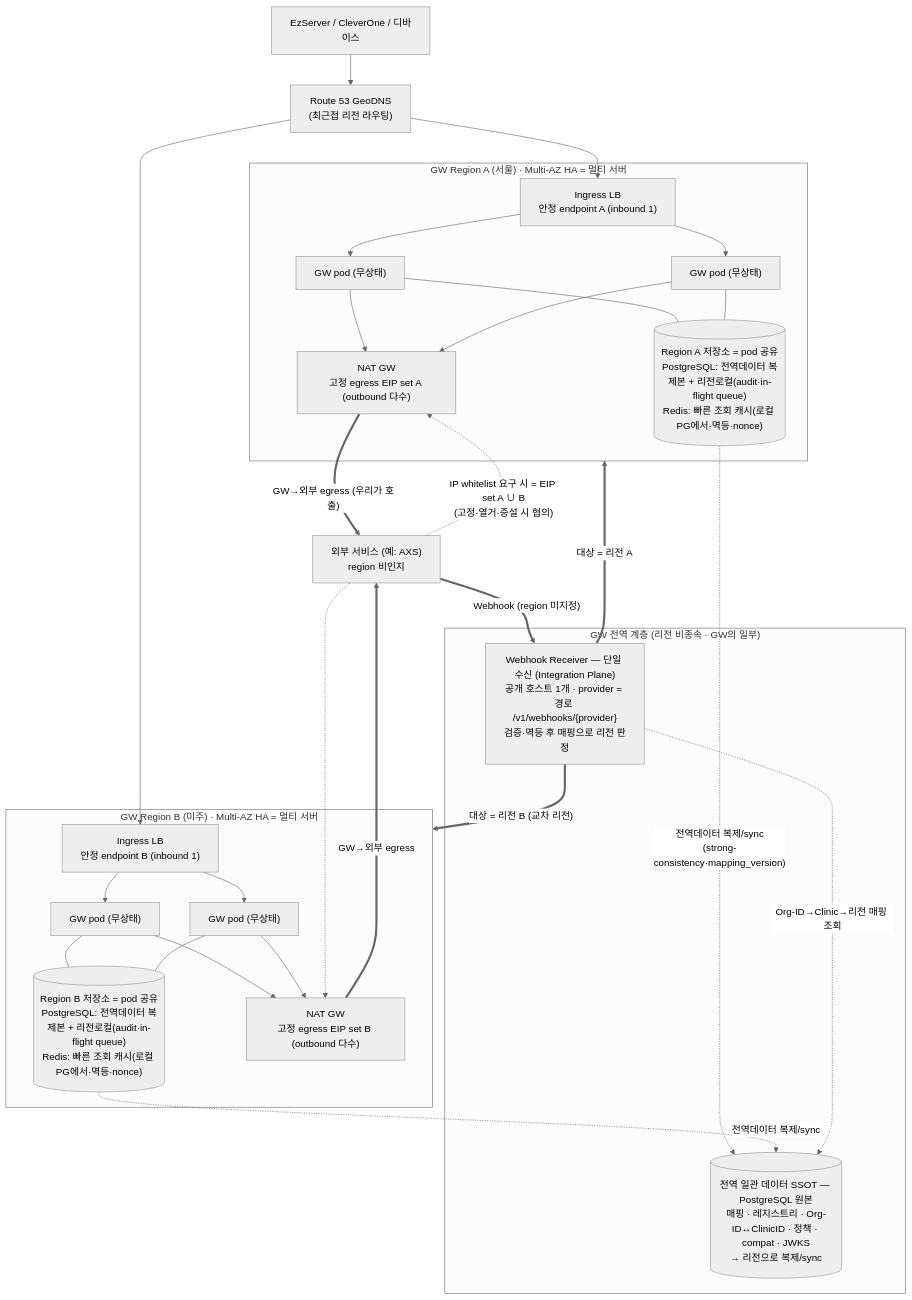
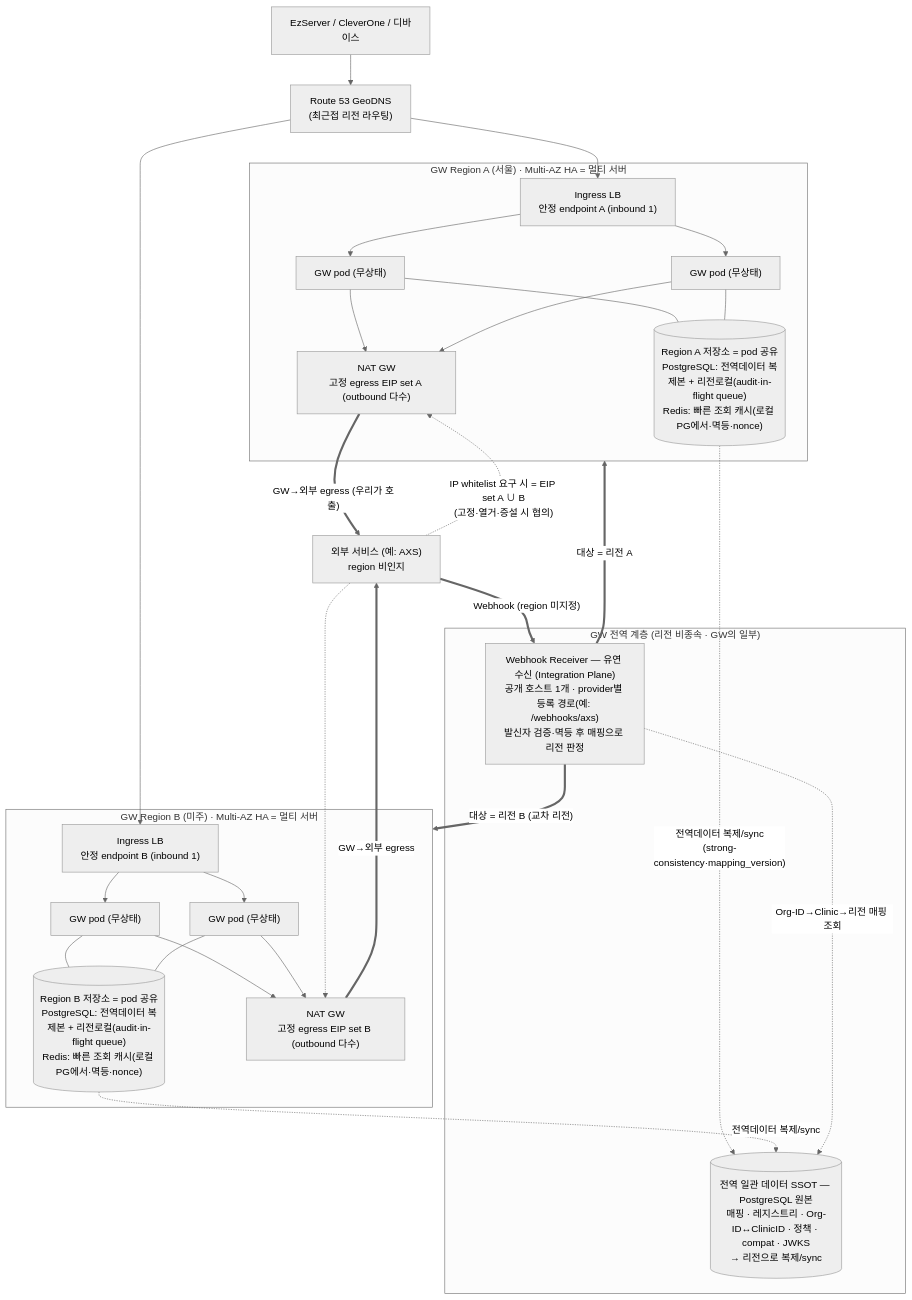
One commit to gracegyu/scp-architecture changed the second of 10 diagrams in docs/VT_API_Gateway/08.VT_API_Gateway/specs/03-srs-gateway/SRS.md. Above: the diagram before and after it, drawn with Mermaid (neutral theme). The commit also changed other lines of this file and 4 other files, not shown here.

Commit message:
문서 업데이트: VT API Gateway의 SRS 문서에서 Webhook 수신 경로 및 형식의 유연성을 강조하고, provider별 등록 방식을 명확히 하여 시스템 설계의 일관성을 강화하였습니다. 또한, 발신자 검증 및 payload 처리 방식에 대한 설명을 보강하여 외부 연동의 신뢰성을 높였습니다.

````diff
--- a/docs/VT_API_Gateway/08.VT_API_Gateway/specs/03-srs-gateway/SRS.md
+++ b/docs/VT_API_Gateway/08.VT_API_Gateway/specs/03-srs-gateway/SRS.md
@@ -189,56 +189,56 @@
 ```mermaid
 flowchart TB
     EZ["EzServer / CleverOne / 디바이스"]
     R53["Route 53 GeoDNS<br/>(최근접 리전 라우팅)"]
     EZ --> R53
 
     subgraph GTIER["GW 전역 계층 (리전 비종속 · GW의 일부)"]
-        WHIN["Webhook Receiver — 단일 수신 (Integration Plane)<br/>공개 호스트 1개 · provider = 경로 /v1/webhooks/{provider}<br/>검증·멱등 후 매핑으로 리전 판정"]
+        WHIN["Webhook Receiver — 유연 수신 (Integration Plane)<br/>공개 호스트 1개 · provider별 등록 경로(예: /webhooks/axs)<br/>발신자 검증·멱등 후 매핑으로 리전 판정"]
         GLOBAL[("전역 일관 데이터 SSOT — PostgreSQL 원본<br/>매핑 · 레지스트리 · Org-ID↔ClinicID · 정책 · compat · JWKS<br/>→ 리전으로 복제/sync")]
     end
 
     subgraph RA["GW Region A (서울) · Multi-AZ HA = 멀티 서버"]
         LBA["Ingress LB<br/>안정 endpoint A (inbound 1)"]
         GA1["GW pod (무상태)"]
         GA2["GW pod (무상태)"]
         STA[("Region A 저장소 = pod 공유<br/>PostgreSQL: 전역데이터 복제본 + 리전로컬(audit·in-flight queue)<br/>Redis: 빠른 조회 캐시(로컬 PG에서·멱등·nonce)")]
         NATA["NAT GW<br/>고정 egress EIP set A (outbound 다수)"]
         LBA --> GA1
         LBA --> GA2
         GA1 --- STA
         GA2 --- STA
         GA1 --> NATA
         GA2 --> NATA
     end
 
     subgraph RB["GW Region B (미주) · Multi-AZ HA = 멀티 서버"]
         LBB["Ingress LB<br/>안정 endpoint B (inbound 1)"]
         GB1["GW pod (무상태)"]
         GB2["GW pod (무상태)"]
         STB[("Region B 저장소 = pod 공유<br/>PostgreSQL: 전역데이터 복제본 + 리전로컬(audit·in-flight queue)<br/>Redis: 빠른 조회 캐시(로컬 PG에서·멱등·nonce)")]
         NATB["NAT GW<br/>고정 egress EIP set B (outbound 다수)"]
         LBB --> GB1
         LBB --> GB2
         GB1 --- STB
         GB2 --- STB
         GB1 --> NATB
         GB2 --> NATB
     end
 
     R53 --> LBA
     R53 --> LBB
 
     STA -.->|"전역데이터 복제/sync<br/>(strong-consistency·mapping_version)"| GLOBAL
     STB -.->|"전역데이터 복제/sync"| GLOBAL
 
     EXT["외부 서비스 (예: AXS)<br/>region 비인지"]
     NATA ==>|"GW→외부 egress (우리가 호출)"| EXT
     NATB ==>|"GW→외부 egress"| EXT
     EXT -.->|"IP whitelist 요구 시 = EIP set A ∪ B<br/>(고정·열거·증설 시 협의)"| NATA
     EXT -.-> NATB
 
     EXT ==>|"Webhook (region 미지정)"| WHIN
     WHIN -.->|"Org-ID→Clinic→리전 매핑 조회"| GLOBAL
     WHIN ==>|"대상 = 리전 A"| RA
     WHIN ==>|"대상 = 리전 B (교차 리전)"| RB
 ```
````
